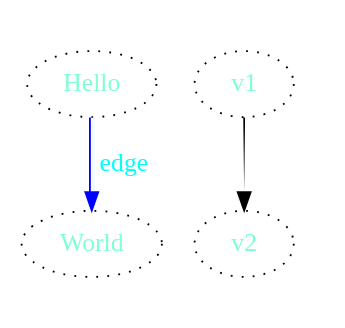
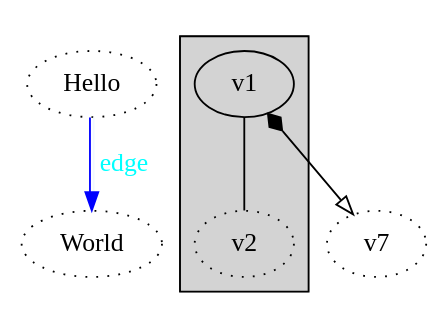
Before and after one commit to Qiu-Weidong/vscode-graphviz-extension: the diagram in examples/hello.dot, drawn with Graphviz. The commit also changed 4 other files, not shown here.

```diff
--- a/examples/hello.dot
+++ b/examples/hello.dot
@@ -1,14 +1,14 @@
 digraph G{
-  node [fontcolor=aquamarine, style="dotted"];
+  node [fontcolor="aquamarine:green", style="dotted"];
   Hello -> World [label="edge", fontcolor="aqua", color="blue:aliceblue"];
-
+  
   subgraph cluster_0 {
     style="striped";
-    v1 -> v2 [style="tapered"];
+    v1 -> v2 [style="tapered", dir="none"];
 
-    style = "invis";
   }
 
-  // graph [style=""];
-  // node [style="dotted"];
+  v1 [style="filled"];
+  v1 -> v7 [arrowhead="empty", dir="both", arrowtail="diamond"];
+
 }
```
